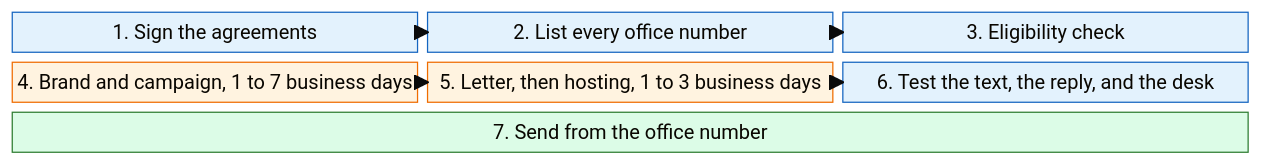
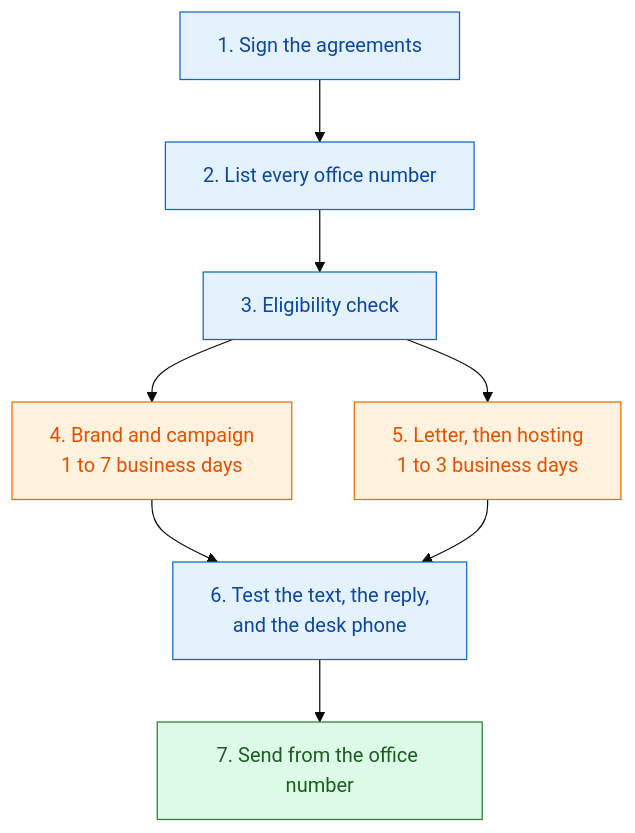
Before and after one commit to daava-hq/shared-docs: the fifth of 6 diagrams in docs/office-number-texting-report.md, drawn with Mermaid (base theme). The commit also changed other lines of this file, not shown here.

First line of the commit message:
Fit the texting diagrams to the page

````diff
--- a/docs/office-number-texting-report.md
+++ b/docs/office-number-texting-report.md
@@ -193,22 +190,16 @@
 ```mermaid
-block-beta
-  columns 3
-  A["1. Sign the agreements"]
-  B["2. List every office number"]
-  C["3. Eligibility check"]
-  D["4. Brand and campaign, 1 to 7 business days"]
-  E["5. Letter, then hosting, 1 to 3 business days"]
-  F["6. Test the text, the reply, and the desk"]
-  G["7. Send from the office number"]:3
-  A --> B
-  B --> C
-  D --> E
+flowchart TD
+  A["1. Sign the agreements"] --> B["2. List every office number"] --> C["3. Eligibility check"]
+  C --> D["4. Brand and campaign<br/>1 to 7 business days"]
+  C --> E["5. Letter, then hosting<br/>1 to 3 business days"]
+  D --> F["6. Test the text, the reply,<br/>and the desk phone"]
   E --> F
-  style A fill:#e3f2fd,stroke:#1565c0,color:#0d47a1
-  style B fill:#e3f2fd,stroke:#1565c0,color:#0d47a1
-  style C fill:#e3f2fd,stroke:#1565c0,color:#0d47a1
-  style F fill:#e3f2fd,stroke:#1565c0,color:#0d47a1
-  style D fill:#fff3e0,stroke:#ef6c00,color:#e65100
-  style E fill:#fff3e0,stroke:#ef6c00,color:#e65100
-  style G fill:#dcfce7,stroke:#2e7d32,color:#1b5e20
+  F --> G["7. Send from the office number"]
+
+  classDef actionNode fill:#e3f2fd,stroke:#1565c0,color:#0d47a1
+  classDef waitNode fill:#fff3e0,stroke:#ef6c00,color:#e65100
+  classDef cleanNode fill:#dcfce7,stroke:#2e7d32,color:#1b5e20
+  class A,B,C,F actionNode
+  class D,E waitNode
+  class G cleanNode
 ```
````
